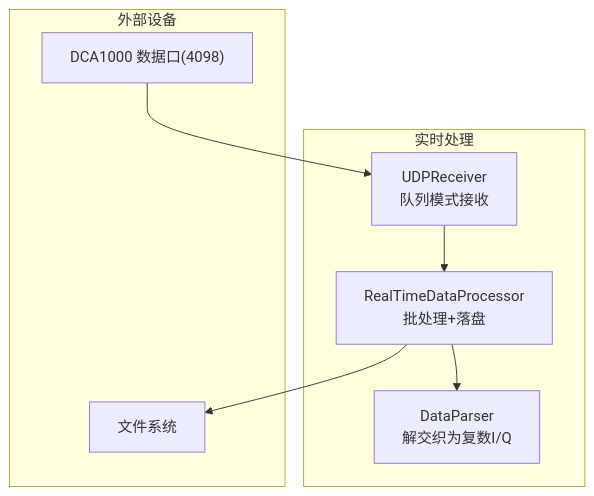
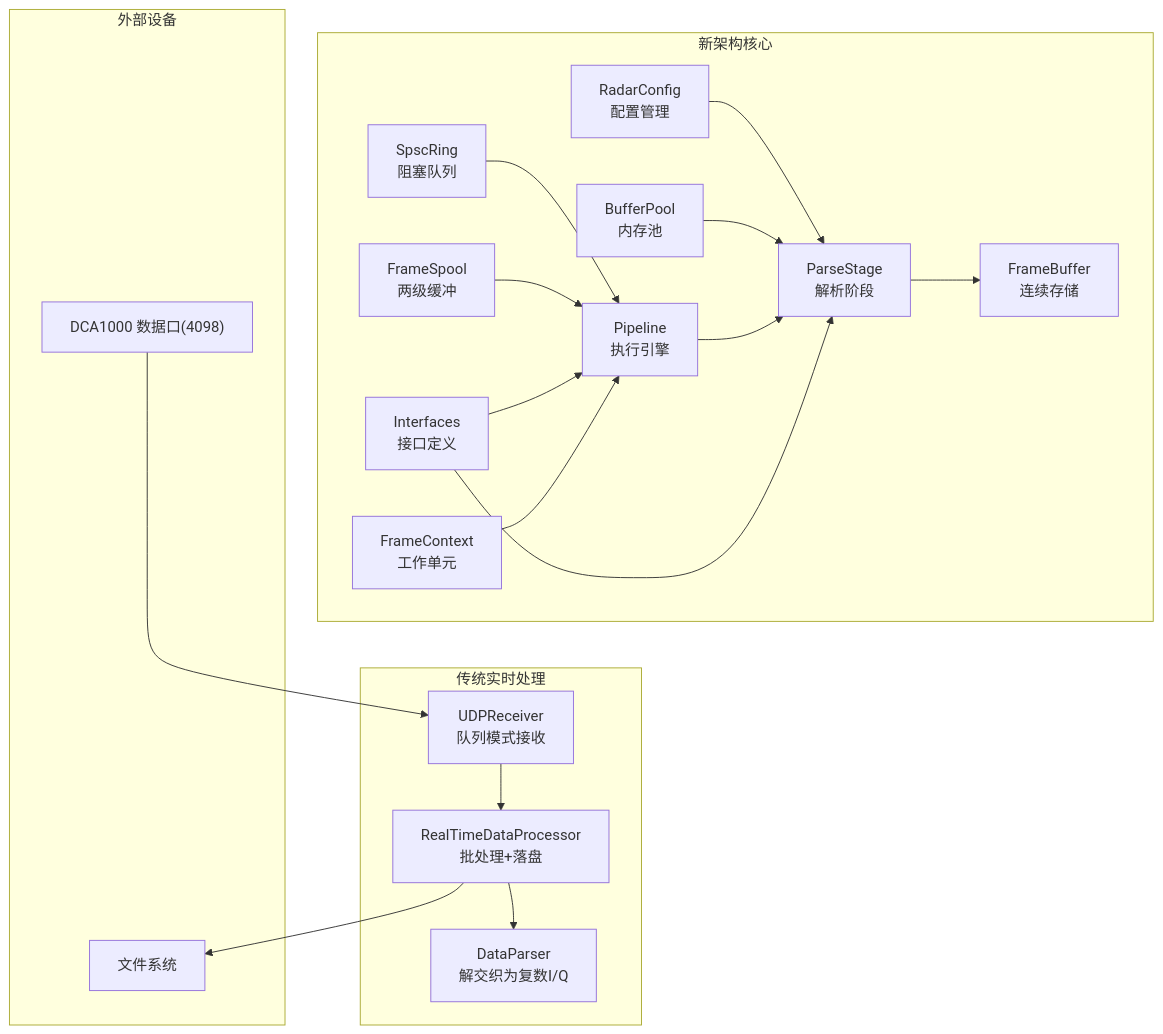
The first of 6 diagrams in .qoder/repowiki/zh/content/实时处理流水线与数据流.md (Lukad77/awr1843-radar-toolkit), drawn with Mermaid before and after one commit. The commit also changed other lines of this file and 11 other files, not shown here.

````diff
--- a/.qoder/repowiki/zh/content/实时处理流水线与数据流.md
+++ b/.qoder/repowiki/zh/content/实时处理流水线与数据流.md
@@ -38,16 +73,36 @@
 ```mermaid
 graph TB
-subgraph "实时处理"
+subgraph "新架构核心"
+RC["RadarConfig<br/>配置管理"]
+SR["SpscRing<br/>阻塞队列"]
+BP["BufferPool<br/>内存池"]
+FS["FrameSpool<br/>两级缓冲"]
+PL["Pipeline<br/>执行引擎"]
+PS["ParseStage<br/>解析阶段"]
+IF["Interfaces<br/>接口定义"]
+FB["FrameBuffer<br/>连续存储"]
+FC["FrameContext<br/>工作单元"]
+end
+subgraph "传统实时处理"
 RTP["RealTimeDataProcessor<br/>批处理+落盘"]
 UDR["UDPReceiver<br/>队列模式接收"]
 DP["DataParser<br/>解交织为复数I/Q"]
 end
 subgraph "外部设备"
 DCA["DCA1000 数据口(4098)"]
-FS["文件系统"]
+FSYS["文件系统"]
 end
 DCA --> UDR
 UDR --> RTP
 RTP --> DP
-RTP --> FS
+RTP --> FSYS
+RC --> PS
+SR --> PL
+BP --> PS
+FS --> PL
+PL --> PS
+PS --> FB
+IF --> PL
+IF --> PS
+FC --> PL
 ```
````
